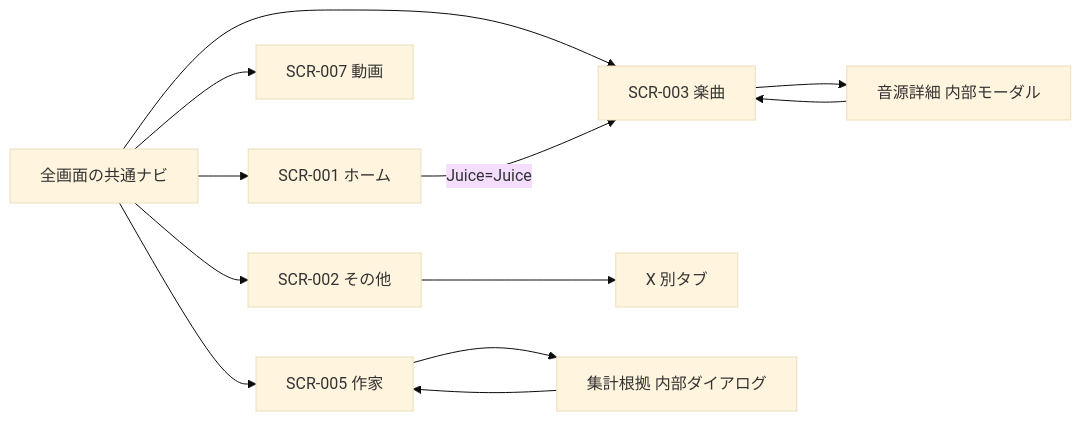
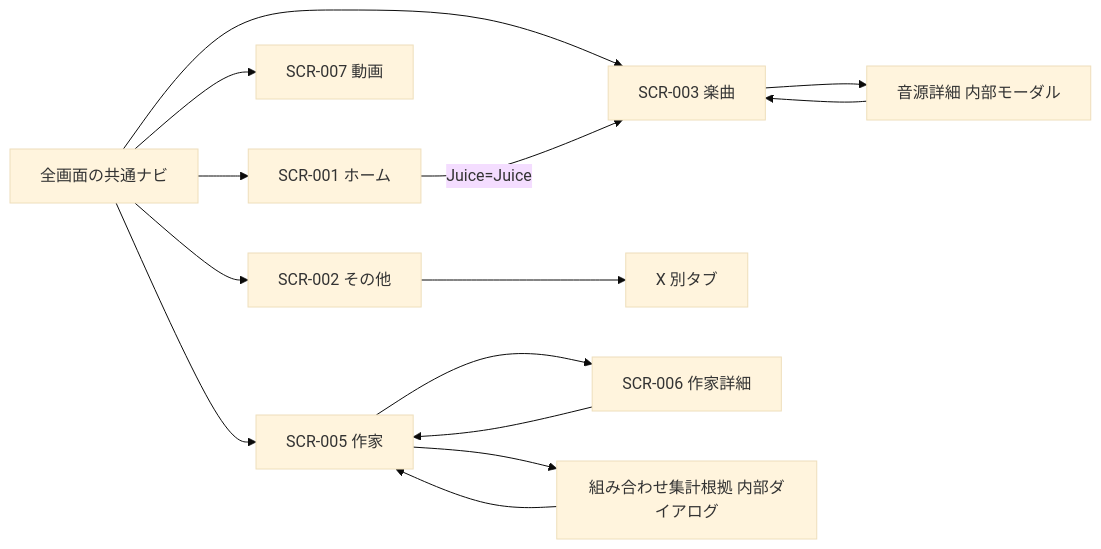
The diagram in docs/design/screens/画面一覧.md (YutoSuga/helloproject-song-data), drawn with Mermaid (base theme) before and after one commit. The commit also changed other lines of this file and 22 other files, not shown here.

````diff
--- a/docs/design/screens/画面一覧.md
+++ b/docs/design/screens/画面一覧.md
@@ -18,14 +19,16 @@
 ```mermaid
 flowchart LR
  N[全画面の共通ナビ] --> H[SCR-001 ホーム]
  N --> S[SCR-003 楽曲]
  N --> V[SCR-007 動画]
  N --> C[SCR-005 作家]
  N --> M[SCR-002 その他]
  H -->|Juice=Juice| S
  M --> X[X 別タブ]
  S --> SD[音源詳細 内部モーダル]
  SD --> S
- C --> D[集計根拠 内部ダイアログ]
+ C --> CD[SCR-006 作家詳細]
+ CD --> C
+ C --> D[組み合わせ集計根拠 内部ダイアログ]
  D --> C
 ```
````
